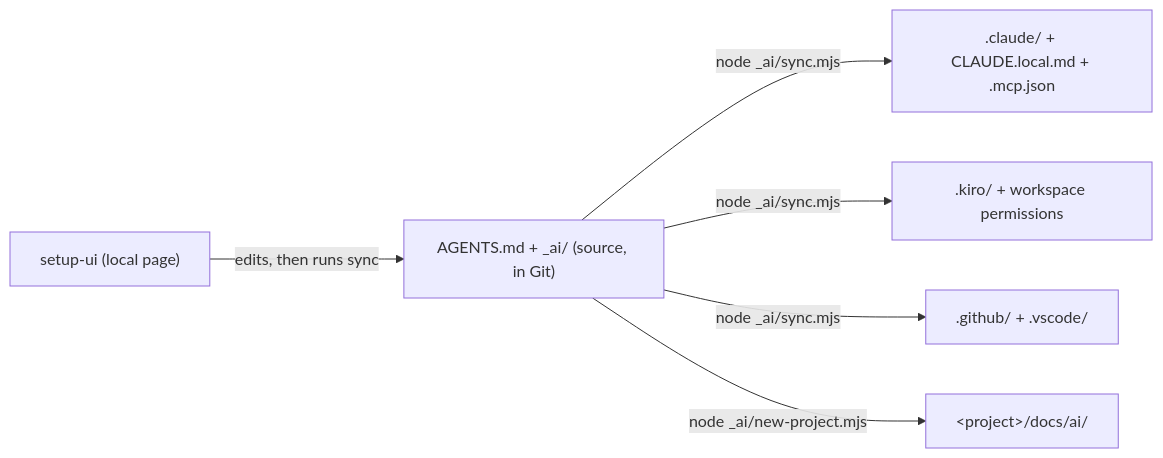
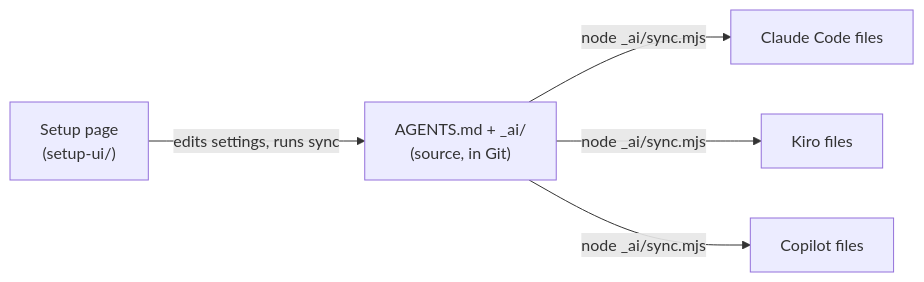
One commit to GociuRadu/AI-Setup changed the diagram in README.md. Above: the diagram before and after it, drawn with Mermaid. The commit also changed other lines of this file and 10 other files, not shown here.

````diff
--- a/README.md
+++ b/README.md
@@ -5,8 +5,7 @@
 ```mermaid
 flowchart LR
-  S["AGENTS.md + _ai/ (source, in Git)"] -->|node _ai/sync.mjs| C[".claude/ + CLAUDE.local.md + .mcp.json"]
-  S -->|node _ai/sync.mjs| K[".kiro/ + workspace permissions"]
-  S -->|node _ai/sync.mjs| G[".github/ + .vscode/"]
-  S -->|node _ai/new-project.mjs| P["&lt;project&gt;/docs/ai/"]
-  U["setup-ui (local page)"] -->|edits, then runs sync| S
+  S["AGENTS.md + _ai/<br/>(source, in Git)"] -->|node _ai/sync.mjs| C["Claude Code files"]
+  S -->|node _ai/sync.mjs| K["Kiro files"]
+  S -->|node _ai/sync.mjs| G["Copilot files"]
+  U["Setup page<br/>(setup-ui/)"] -->|edits settings, runs sync| S
 ```
````
